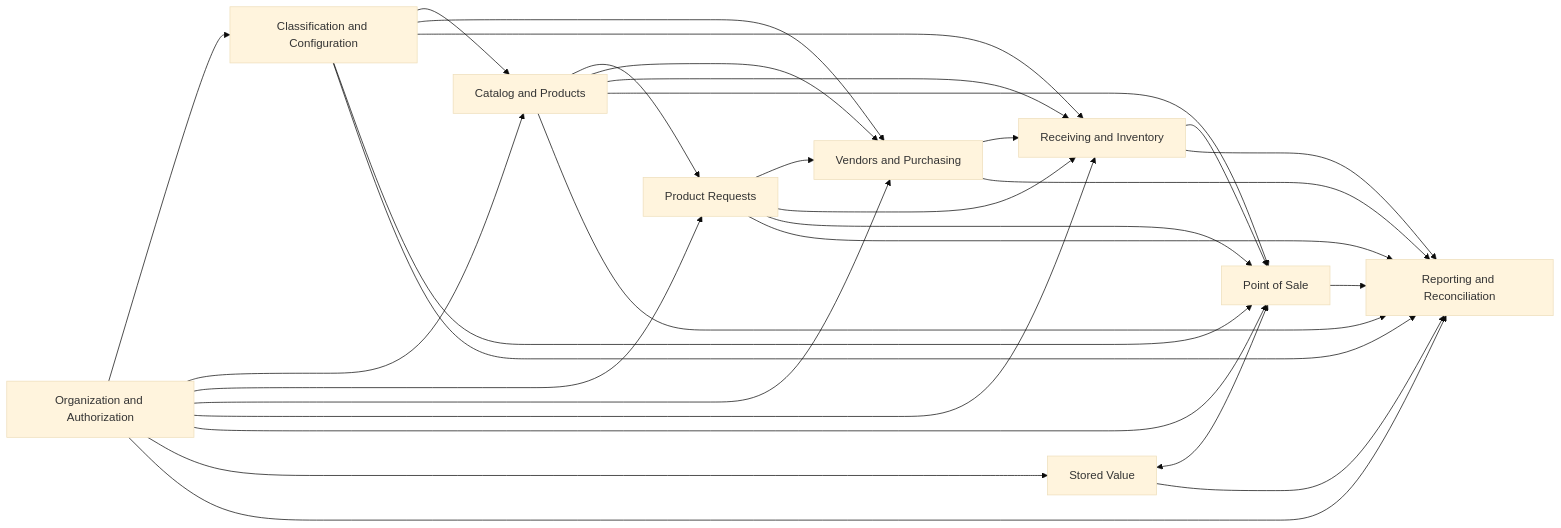
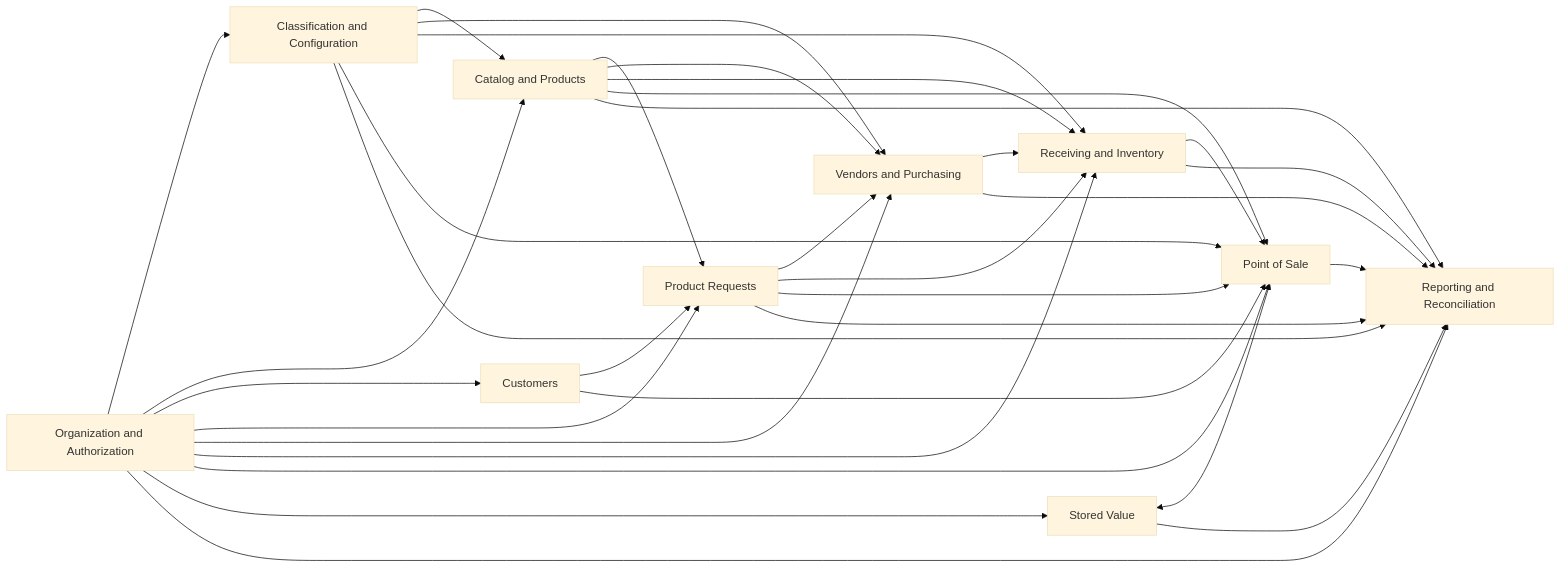
Before and after one commit to tswarren/shelfstack-5: the first of 7 diagrams in docs/architecture/domain-map.md, drawn with Mermaid (base theme). The commit also changed other lines of this file and 7 other files, not shown here.

First line of the commit message:
docs: close Phase 9 and align Customer architecture wording

````diff
--- a/docs/architecture/domain-map.md
+++ b/docs/architecture/domain-map.md
@@ -54,49 +55,54 @@
 ```mermaid
 flowchart LR
     AUTH[Organization and Authorization]
     CONFIG[Classification and Configuration]
     CATALOG[Catalog and Products]
+    CUSTOMERS[Customers]
     REQUESTS[Product Requests]
     PURCH[ Vendors and Purchasing ]
     INVENTORY[Receiving and Inventory]
     POS[Point of Sale]
     VALUE[Stored Value]
     REPORTING[Reporting and Reconciliation]
 
     AUTH --> CONFIG
     AUTH --> CATALOG
+    AUTH --> CUSTOMERS
     AUTH --> REQUESTS
     AUTH --> PURCH
     AUTH --> INVENTORY
     AUTH --> POS
     AUTH --> VALUE
     AUTH --> REPORTING
 
     CONFIG --> CATALOG
     CONFIG --> PURCH
     CONFIG --> INVENTORY
     CONFIG --> POS
     CONFIG --> REPORTING
 
     CATALOG --> REQUESTS
     CATALOG --> PURCH
     CATALOG --> INVENTORY
     CATALOG --> POS
     CATALOG --> REPORTING
 
+    CUSTOMERS --> REQUESTS
+    CUSTOMERS --> POS
+
     REQUESTS --> PURCH
     REQUESTS --> INVENTORY
     REQUESTS --> POS
     REQUESTS --> REPORTING
 
     PURCH --> INVENTORY
     PURCH --> REPORTING
 
     INVENTORY --> POS
     INVENTORY --> REPORTING
 
     VALUE <--> POS
     VALUE --> REPORTING
 
     POS --> REPORTING
 ```
````
